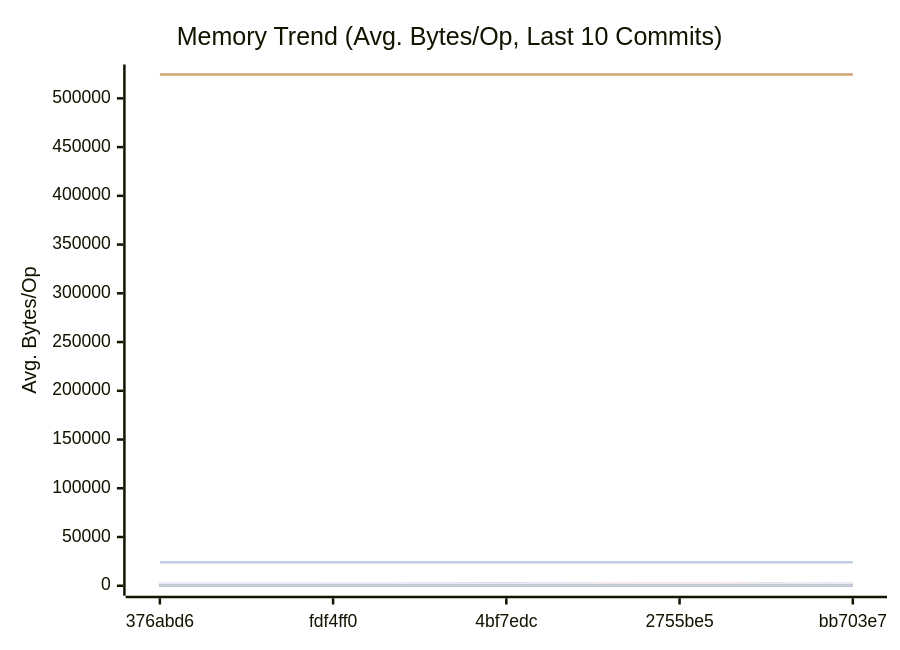
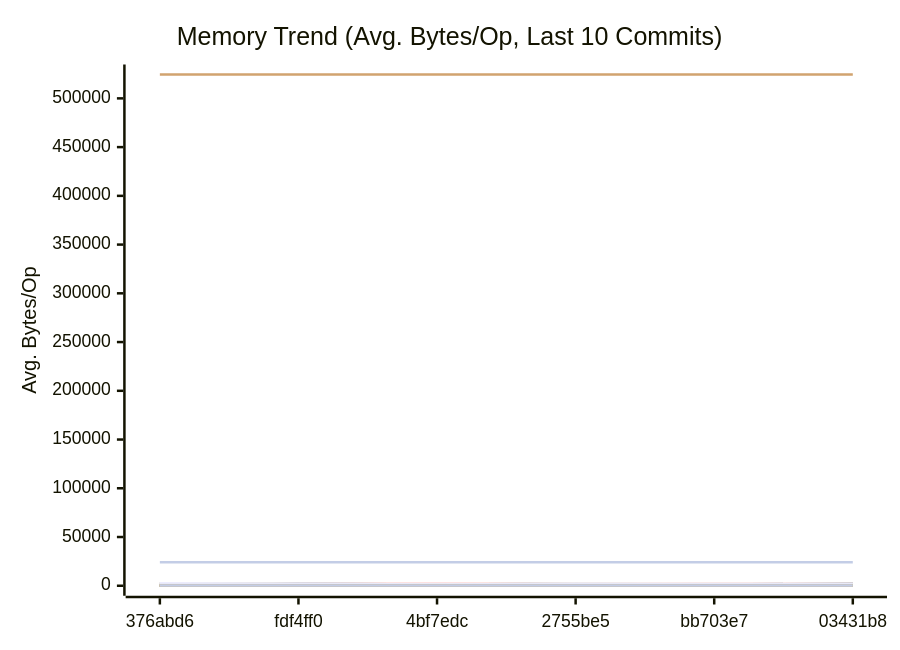
One commit to alsotoes/momo changed the second of 3 diagrams in docs/PERFORMANCE.md. Above: the diagram before and after it, drawn with Mermaid. The commit also changed other lines of this file and 3 other files, not shown here.

````diff
--- a/docs/PERFORMANCE.md
+++ b/docs/PERFORMANCE.md
@@ -310,44 +310,44 @@
 ```mermaid
 xychart-beta
     title "Memory Trend (Avg. Bytes/Op, Last 10 Commits)"
     x-axis "Commit"
     y-axis "Avg. Bytes/Op"
-    x-axis [376abd6,fdf4ff0,4bf7edc,2755be5,bb703e7]
-    line "AWSChunkedReaderSigned" [167,124,108,128,114,123,127,107,88,100]
-    line "AWSChunkedReaderUnsigned" [164,139,116,147,109,121,110,100,95,109]
+    x-axis [376abd6,fdf4ff0,4bf7edc,2755be5,bb703e7,03431b8]
+    line "AWSChunkedReaderSigned" [124,108,128,114,123,127,107,88,100,107]
+    line "AWSChunkedReaderUnsigned" [139,116,147,109,121,110,100,95,109,105]
     line "CheckMetricsAndSwap" [0,0,0,0,0,0,0,0,0,0]
     line "CrushOptimized" [0,0,0,0,0,0,0,0,0,0]
     line "CrushOriginal" [164,164,164,164,164,164,164,164,164,164]
-    line "FormatListObjectsV2XML_AppendFormat" [524442,524446,524462,524483,524463,524491,524477,524500,524483,524504]
+    line "FormatListObjectsV2XML_AppendFormat" [524446,524462,524483,524463,524491,524477,524500,524483,524504,524463]
     line "FormatListObjectsV2XML_OldFormat" [24000,24000,24000,24000,24000,24000,24000,24000,24000,24000]
-    line "HashBytes/1MiB" [304,292,205,221,207,239,189,200,190,206]
-    line "HashBytes/256MiB" [305,290,229,220,189,234,233,223,190,239]
-    line "HashBytes/64MiB" [320,276,225,211,189,213,196,188,246,242]
-    line "HashFile/1MiB" [273,313,212,204,182,175,202,190,214,232]
-    line "HashFile/256MiB" [304,264,203,205,211,184,230,193,152,190]
-    line "HashFile/64MiB" [269,324,201,204,237,203,232,194,193,195]
+    line "HashBytes/1MiB" [292,205,221,207,239,189,200,190,206,280]
+    line "HashBytes/256MiB" [290,229,220,189,234,233,223,190,239,186]
+    line "HashBytes/64MiB" [276,225,211,189,213,196,188,246,242,209]
+    line "HashFile/1MiB" [313,212,204,182,175,202,190,214,232,152]
+    line "HashFile/256MiB" [264,203,205,211,184,230,193,152,190,211]
+    line "HashFile/64MiB" [324,201,204,237,203,232,194,193,195,190]
     line "IndexDirectTracking" [0,0,0,0,0,0,0,0,0,0]
     line "IndexSearch" [0,0,0,0,0,0,0,0,0,0]
     line "LastModifiedHeader_AppendFormat" [0,0,0,0,0,0,0,0,0,0]
     line "LastModifiedHeader_Format" [32,32,32,32,32,32,32,32,32,32]
     line "LoadGlobalConfig" [1976,1976,1976,1976,1976,1976,1976,1976,1976,1976]
-    line "LocalWrite/1MiB" [2352,2430,1992,1318,1899,1346,1995,1817,1626,1829]
-    line "LocalWrite/256MiB" [2851,2682,2123,1776,2213,1940,2087,2086,1665,2131]
-    line "LocalWrite/64MiB" [2788,2594,2044,1265,2063,1863,1888,2026,1495,1896]
+    line "LocalWrite/1MiB" [2430,1992,1318,1899,1346,1995,1817,1626,1829,1794]
+    line "LocalWrite/256MiB" [2682,2123,1776,2213,1940,2087,2086,1665,2131,2012]
+    line "LocalWrite/64MiB" [2594,2044,1265,2063,1863,1888,2026,1495,1896,2009]
     line "PadString" [64,64,64,64,64,64,64,64,64,64]
     line "ParseReplicationOrder_NoPrealloc" [408,408,408,408,408,248,248,248,248,248]
     line "ParseReplicationOrder_Prealloc" [240,240,240,240,240,80,80,80,80,80]
     line "Placement" [352,352,352,352,352,352,352,352,352,352]
     line "PlacementDomainSpread" [352,352,352,352,352,352,352,352,352,352]
-    line "ReadVerify/1MiB" [276,292,235,206,264,221,222,228,159,210]
-    line "ReadVerify/256MiB" [334,304,216,201,233,215,188,195,228,177]
-    line "ReadVerify/64MiB" [289,245,165,200,233,217,201,195,225,199]
-    line "S3PutSpool/1MiB" [241,233,181,162,207,157,170,157,197,205]
-    line "S3PutSpool/256MiB" [254,258,182,190,202,165,171,152,151,201]
-    line "S3PutSpool/64MiB" [230,242,175,170,238,183,173,176,166,167]
+    line "ReadVerify/1MiB" [292,235,206,264,221,222,228,159,210,218]
+    line "ReadVerify/256MiB" [304,216,201,233,215,188,195,228,177,262]
+    line "ReadVerify/64MiB" [245,165,200,233,217,201,195,225,199,226]
+    line "S3PutSpool/1MiB" [233,181,162,207,157,170,157,197,205,252]
+    line "S3PutSpool/256MiB" [258,182,190,202,165,171,152,151,201,247]
+    line "S3PutSpool/64MiB" [242,175,170,238,183,173,176,166,167,219]
     line "SanitizeLog/Safe" [0,0,0,0,0,0,0,0,0,0]
     line "SanitizeLog/Unsafe" [704,704,704,704,704,704,704,704,704,704]
-    line "TrustedRead/1MiB" [309,258,162,184,216,228,174,171,205,178]
-    line "TrustedRead/256MiB" [311,285,186,175,219,190,237,202,213,230]
-    line "TrustedRead/64MiB" [293,274,201,160,199,226,173,163,199,192]
+    line "TrustedRead/1MiB" [258,162,184,216,228,174,171,205,178,279]
+    line "TrustedRead/256MiB" [285,186,175,219,190,237,202,213,230,219]
+    line "TrustedRead/64MiB" [274,201,160,199,226,173,163,199,192,233]
 ```
````
